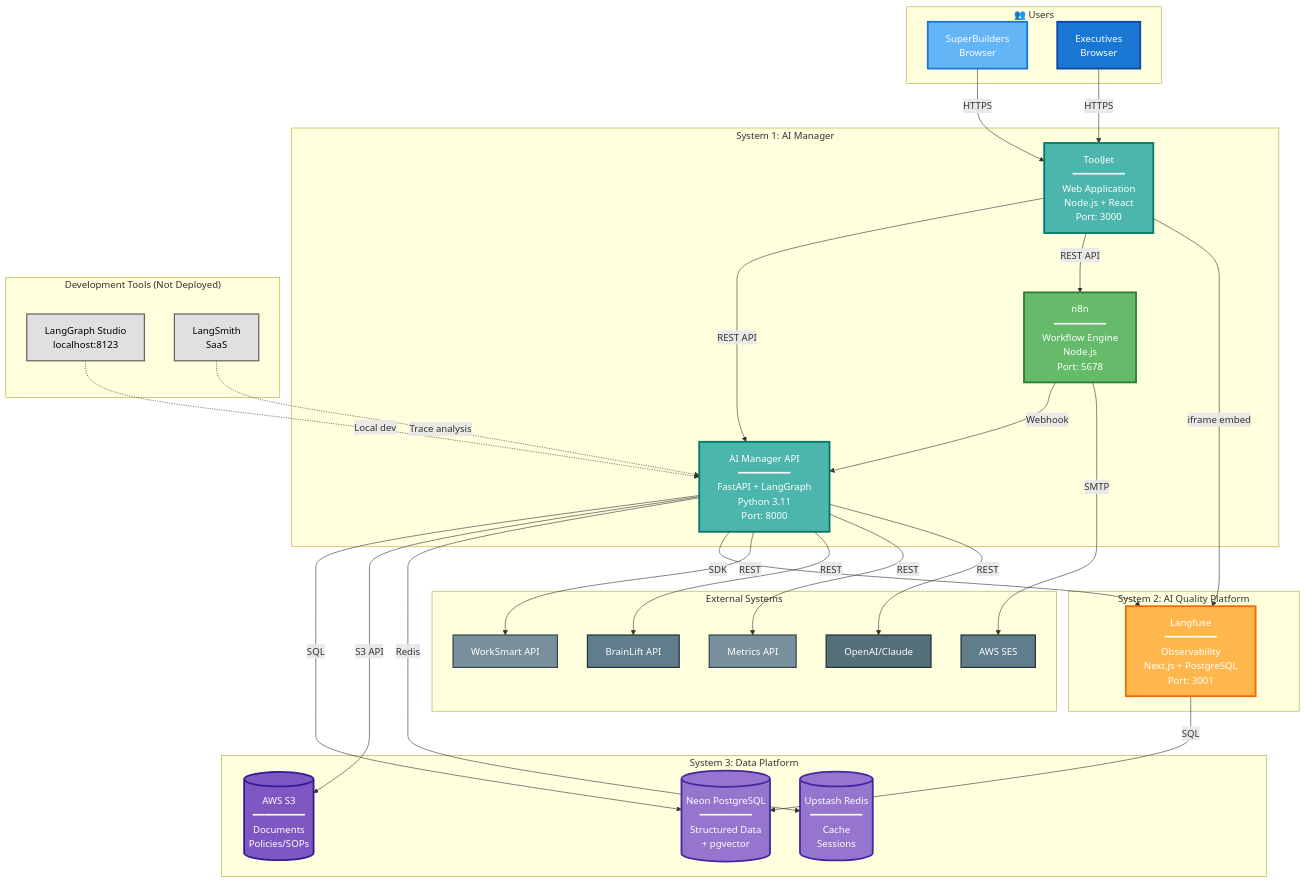
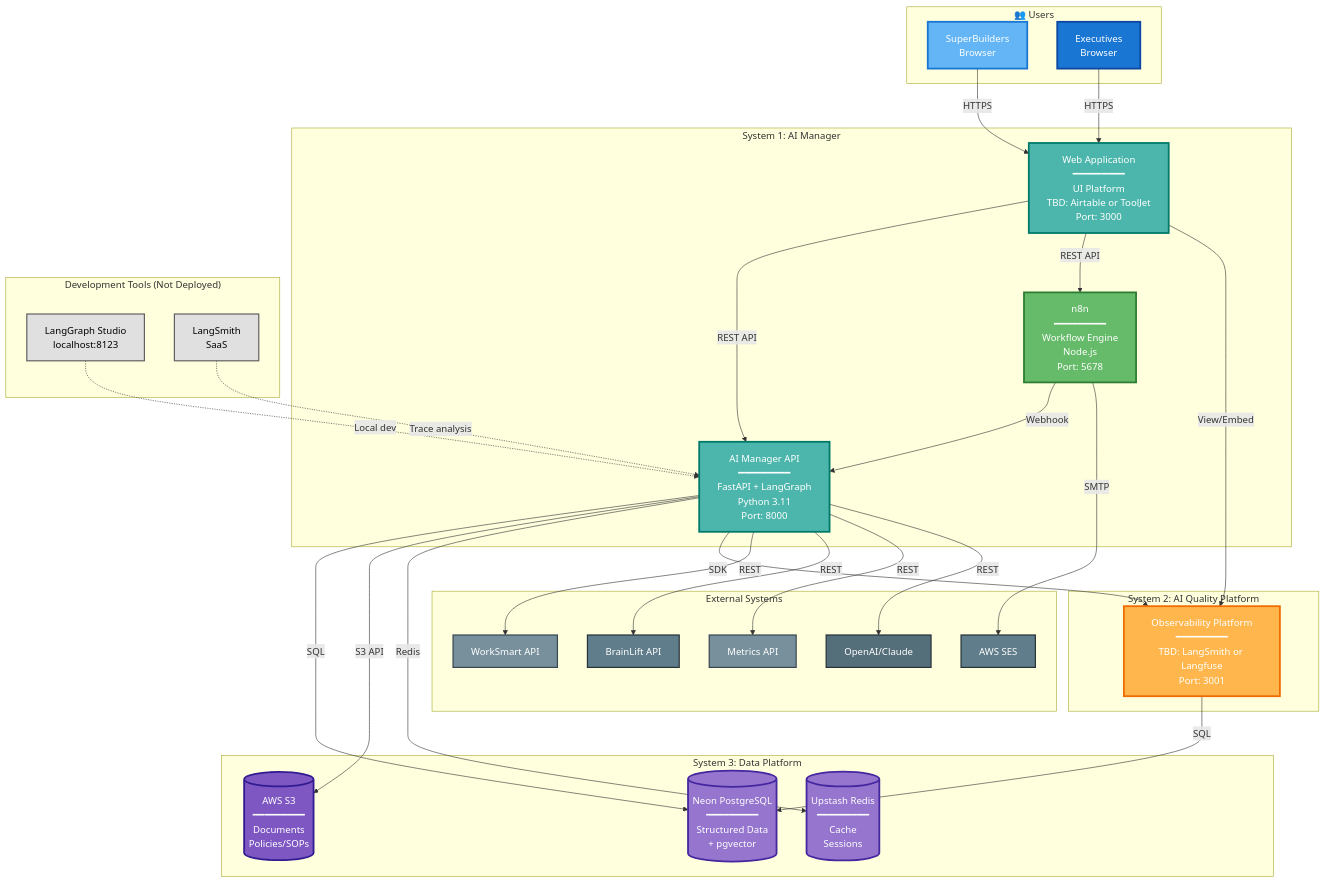
The first of 4 diagrams in level-2-overview.md (atambopatrick/AI-manager-architecture), drawn with Mermaid before and after one commit. The commit also changed other lines of this file, not shown here.

```diff
--- a/level-2-overview.md
+++ b/level-2-overview.md
@@ -42,7 +42,7 @@
     end
     
     subgraph "System 1: AI Manager"
-        UI[ToolJet<br/>━━━━━━━━━<br/>Web Application<br/>Node.js + React<br/>Port: 3000]
+        UI[Web Application<br/>━━━━━━━━━<br/>UI Platform<br/>TBD: Airtable or ToolJet<br/>Port: 3000]
         
         WORKFLOW[n8n<br/>━━━━━━━━━<br/>Workflow Engine<br/>Node.js<br/>Port: 5678]
         
@@ -50,7 +50,7 @@
     end
     
     subgraph "System 2: AI Quality Platform"
-        LANGFUSE[Langfuse<br/>━━━━━━━━━<br/>Observability<br/>Next.js + PostgreSQL<br/>Port: 3001]
+        OBS[Observability Platform<br/>━━━━━━━━━<br/>TBD: LangSmith or Langfuse<br/>Port: 3001]
     end
     
     subgraph "System 3: Data Platform"
@@ -81,7 +81,7 @@
     %% Container interactions
     UI -->|REST API| API
     UI -->|REST API| WORKFLOW
-    UI -->|iframe embed| LANGFUSE
+    UI -->|View/Embed| OBS
     
     WORKFLOW -->|Webhook| API
     WORKFLOW -->|SMTP| SES
@@ -89,9 +89,9 @@
     API -->|SQL| NEON
     API -->|S3 API| S3
     API -->|Redis| REDIS
-    API -->|SDK| LANGFUSE
+    API -->|SDK| OBS
     
-    LANGFUSE -->|SQL| NEON
+    OBS -->|SQL| NEON
     
     %% External integrations
     API -->|REST| WS
@@ -108,7 +108,7 @@
     style WORKFLOW fill:#66bb6a,stroke:#2e7d32,stroke-width:3px,color:#fff
     style API fill:#4db6ac,stroke:#00796b,stroke-width:3px,color:#fff
     
-    style LANGFUSE fill:#ffb74d,stroke:#ef6c00,stroke-width:3px,color:#fff
+    style OBS fill:#ffb74d,stroke:#ef6c00,stroke-width:3px,color:#fff
     
     style NEON fill:#9575cd,stroke:#4527a0,stroke-width:3px,color:#fff
     style S3 fill:#7e57c2,stroke:#311b92,stroke-width:3px,color:#fff
```
